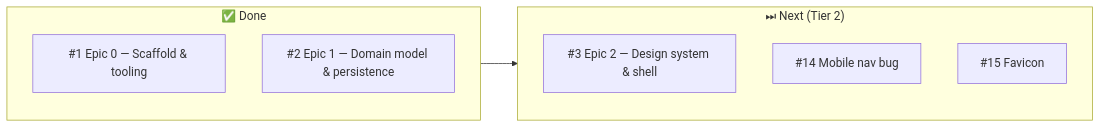
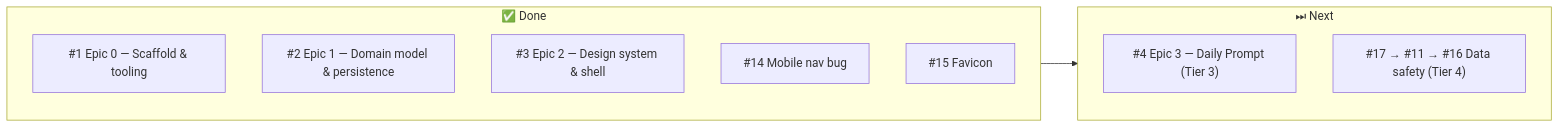
The third of 3 diagrams in docs/ARCHITECTURE.md (ZhannaM85/life-kaleidoscope), drawn with Mermaid before and after one commit. The commit also changed other lines of this file and 1 other file, not shown here.

Commit message:
docs: update ARCHITECTURE.md and priority list for Epic 2 (#3, #14, #15)

````diff
--- a/docs/ARCHITECTURE.md
+++ b/docs/ARCHITECTURE.md
@@ -228,13 +251,15 @@
 ```mermaid
 flowchart LR
     subgraph Done ["✅ Done"]
         E0["#1 Epic 0 — Scaffold & tooling"]
         E1["#2 Epic 1 — Domain model & persistence"]
-    end
-    subgraph Next ["⏭ Next (Tier 2)"]
         E2["#3 Epic 2 — Design system & shell"]
         B14["#14 Mobile nav bug"]
         B15["#15 Favicon"]
     end
+    subgraph Next ["⏭ Next"]
+        E3["#4 Epic 3 — Daily Prompt (Tier 3)"]
+        DS["#17 → #11 → #16 Data safety (Tier 4)"]
+    end
     Done --> Next
 ```
````
